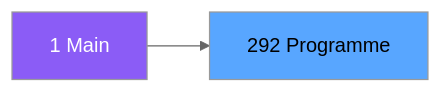
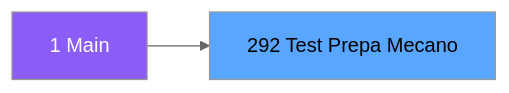
Before and after one commit to thonyAGP/magic-migration: the second of 3 diagrams in .openspec/specs/ADH-IDE-292.md, drawn with Mermaid (neutral theme). The commit also changed other lines of this file and 323 other files, not shown here.

````diff
--- a/.openspec/specs/ADH-IDE-292.md
+++ b/.openspec/specs/ADH-IDE-292.md
@@ -98,8 +109,8 @@
 ```mermaid
 graph LR
     M[1 Main]
-    T[292 Programme]
+    T[292 Test Prepa Mecano]
     M --> T
     style M fill:#8b5cf6,color:#fff
     style T fill:#58a6ff,color:#000
 ```
````
